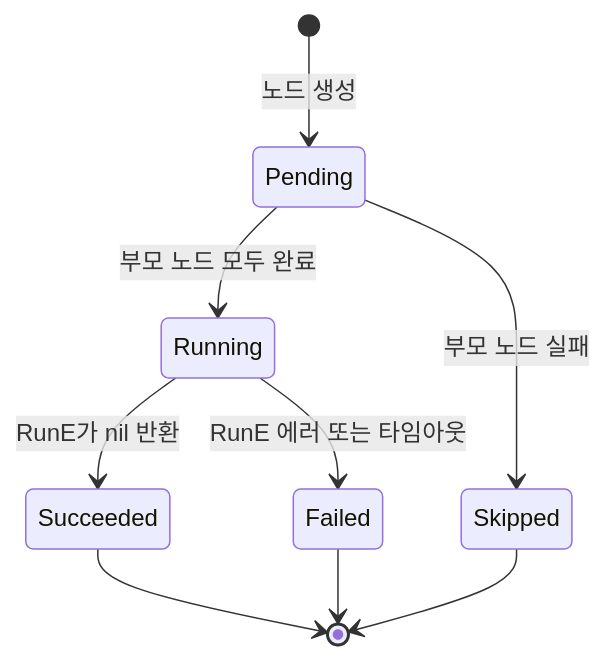
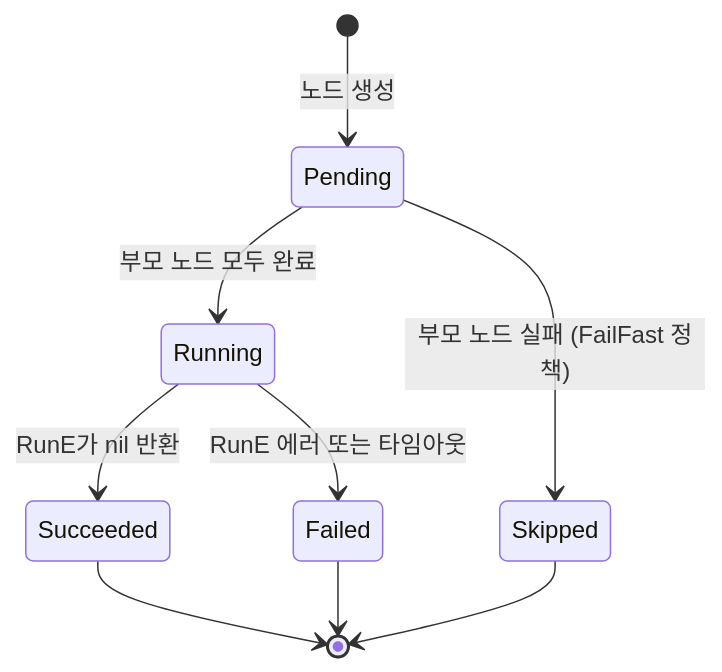
One commit to HeaInSeo/dag-go changed the diagram in README.ko.md. Above: the diagram before and after it, drawn with Mermaid. The commit also changed other lines of this file and 13 other files, not shown here.

````diff
--- a/README.ko.md
+++ b/README.ko.md
@@ -142,11 +144,11 @@
 ```mermaid
 stateDiagram-v2
     [*] --> Pending : 노드 생성
     Pending --> Running  : 부모 노드 모두 완료
-    Pending --> Skipped  : 부모 노드 실패
+    Pending --> Skipped  : 부모 노드 실패 (FailFast 정책)
     Running --> Succeeded : RunE가 nil 반환
     Running --> Failed    : RunE 에러 또는 타임아웃
     Succeeded --> [*]
     Failed    --> [*]
     Skipped   --> [*]
 ```
````
